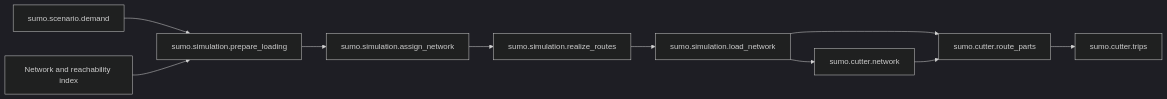
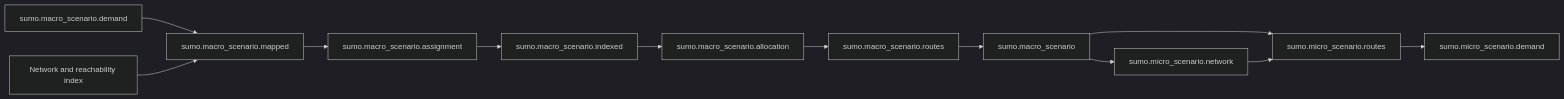
Before and after one commit to eqasim-org/eqasim-switzerland: the diagram in doc/sumo/performance.md, drawn with Mermaid (dark theme). The commit also changed other lines of this file and 171 other files, not shown here.

Commit message:
Refactor SUMO stages with native route processing and persistent monitoring

````diff
--- a/doc/sumo/performance.md
+++ b/doc/sumo/performance.md
@@ -10,12 +12,14 @@
 ```mermaid
 flowchart LR
-    D[sumo.scenario.demand] --> P[sumo.simulation.prepare_loading]
+    D[sumo.macro_scenario.demand] --> P[sumo.macro_scenario.mapped]
     N[Network and reachability index] --> P
-    P --> A[sumo.simulation.assign_network]
-    A --> R[sumo.simulation.realize_routes]
-    R --> L[sumo.simulation.load_network]
-    L --> C[sumo.cutter.network]
-    L --> V[sumo.cutter.route_parts]
+    P --> A[sumo.macro_scenario.assignment]
+    A --> I[sumo.macro_scenario.indexed]
+    I --> S[sumo.macro_scenario.allocation]
+    S --> R[sumo.macro_scenario.routes]
+    R --> L[sumo.macro_scenario]
+    L --> C[sumo.micro_scenario.network]
+    L --> V[sumo.micro_scenario.routes]
     C --> V
-    V --> E[sumo.cutter.trips]
+    V --> E[sumo.micro_scenario.demand]
 ```
````
